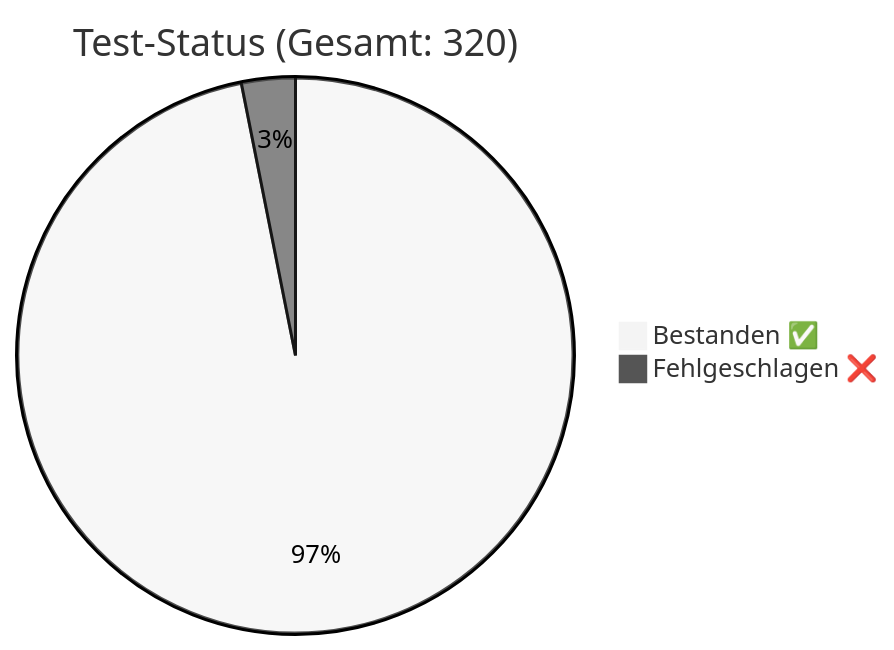
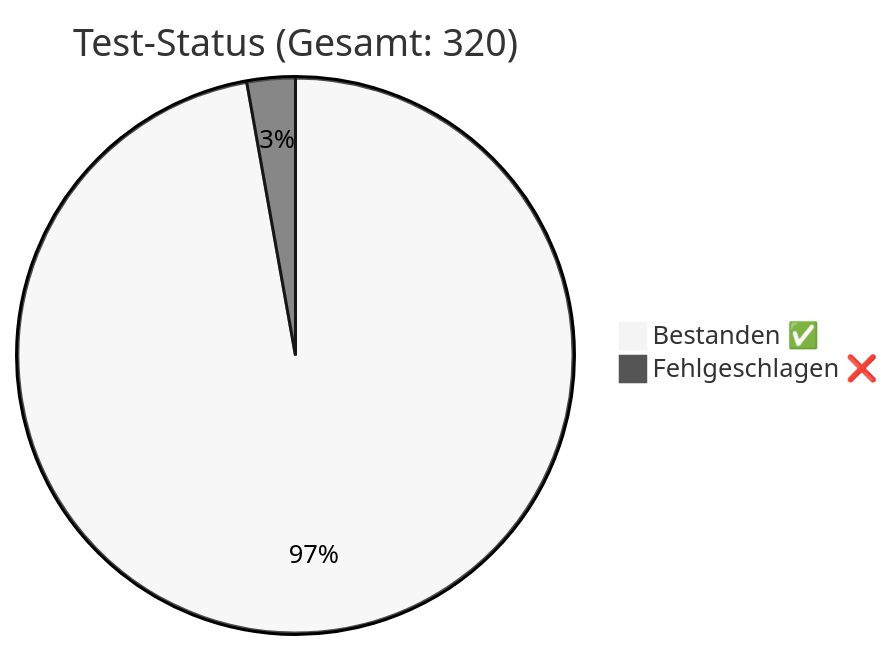
Before and after one commit to rorila/GCS: the diagram in docs/QA_Report.md, drawn with Mermaid (neutral theme). The commit also changed other lines of this file and 5 other files, not shown here.

````diff
--- a/docs/QA_Report.md
+++ b/docs/QA_Report.md
@@ -8,5 +8,5 @@
 ```mermaid
 pie title Test-Status (Gesamt: 320)
-    "Bestanden ✅" : 310
-    "Fehlgeschlagen ❌" : 10
+    "Bestanden ✅" : 311
+    "Fehlgeschlagen ❌" : 9
 ```
````
